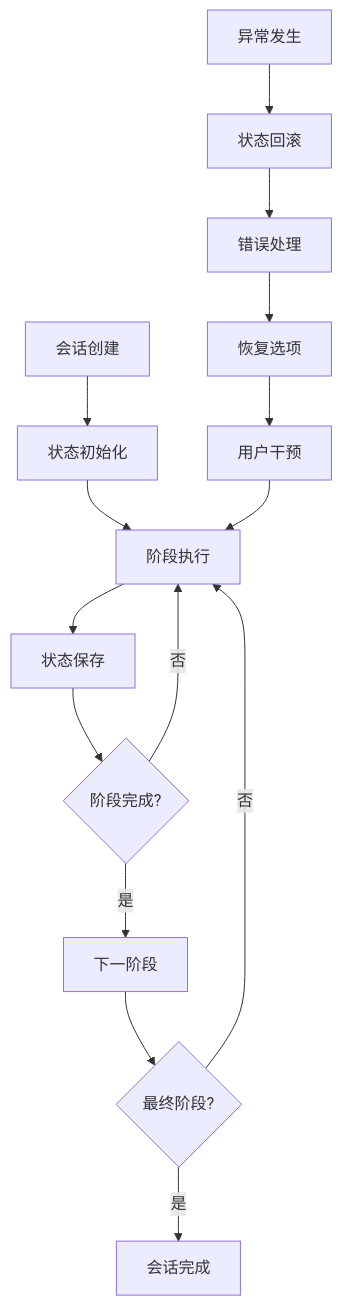
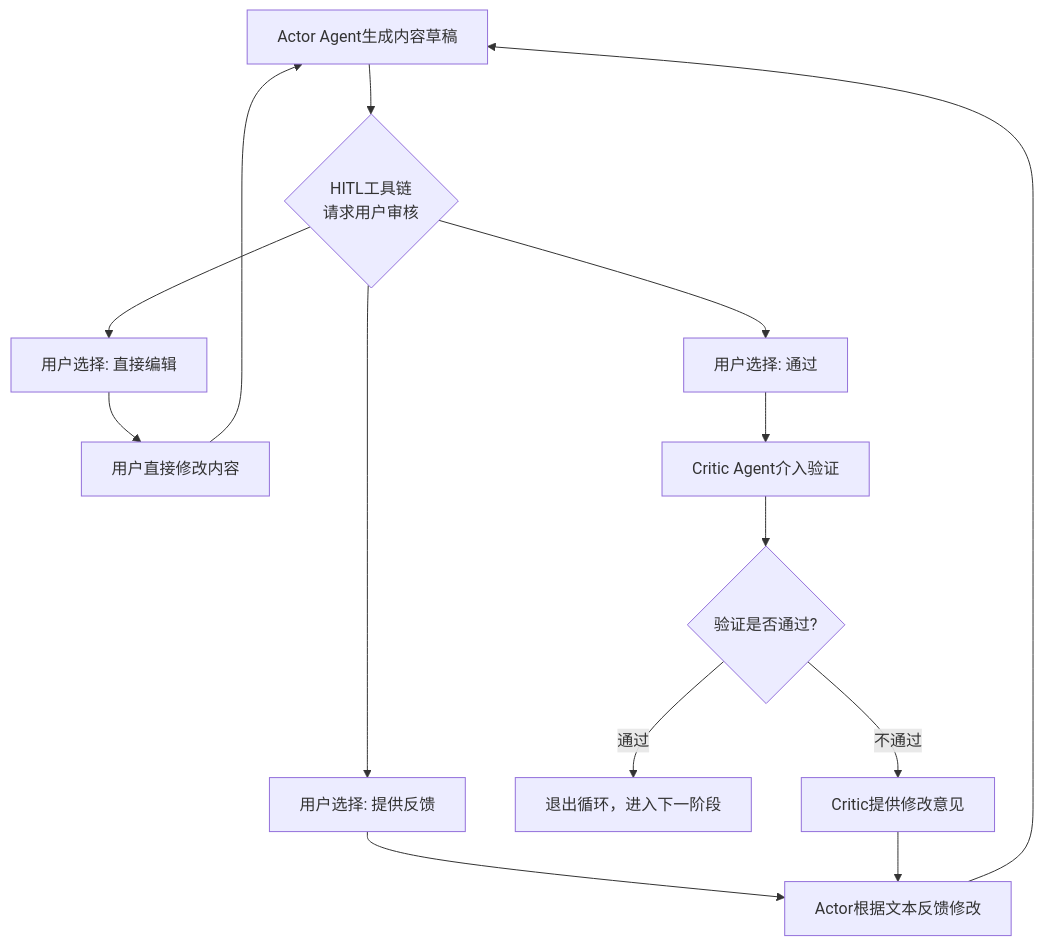
One commit to sopaco/cowork-forge changed the eighth of 13 diagrams in litho.docs/zh/3、工作流程.md. Above: the diagram before and after it, drawn with Mermaid. The commit also changed other lines of this file and 27 other files, not shown here.

````diff
--- a/litho.docs/zh/3、工作流程.md
+++ b/litho.docs/zh/3、工作流程.md
@@ -276,18 +382,15 @@
 ```mermaid
-graph TB
-    A[会话创建] --> B[状态初始化]
-    B --> C[阶段执行]
-    C --> D[状态保存]
-    D --> E{阶段完成?}
-    E -->|否| C
-    E -->|是| F[下一阶段]
-    F --> G{最终阶段?}
-    G -->|否| C
-    G -->|是| H[会话完成]
-    
-    I[异常发生] --> J[状态回滚]
-    J --> K[错误处理]
-    K --> L[恢复选项]
-    L --> M[用户干预]
-    M --> C
+flowchart TD
+    A[Actor Agent生成内容草稿] --> B{HITL工具链<br/>请求用户审核}
+    B --> C[用户选择: 直接编辑]
+    C --> E[用户直接修改内容]
+    B --> F[用户选择: 提供反馈]
+    F --> G[Actor根据文本反馈修改]
+    B --> H[用户选择: 通过]
+    H --> I[Critic Agent介入验证]
+    I --> J{验证是否通过?}
+    J -- 通过 --> K[退出循环，进入下一阶段]
+    J -- 不通过 --> L[Critic提供修改意见]
+    L --> G
+    E & G --> A
 ```
````
